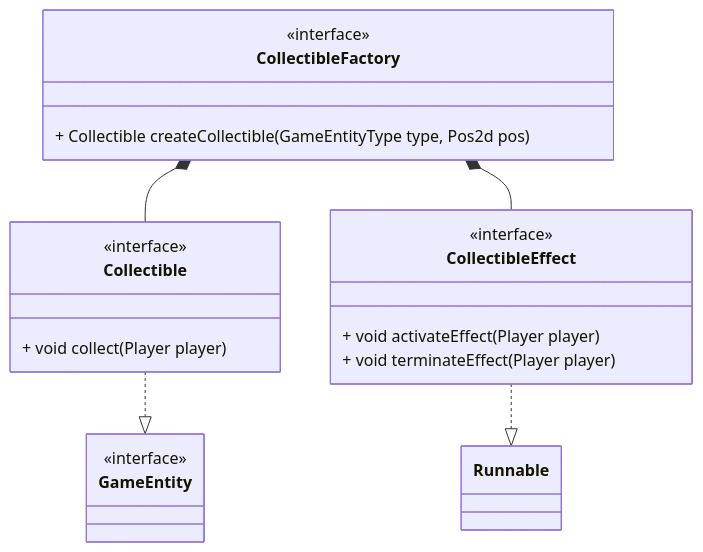
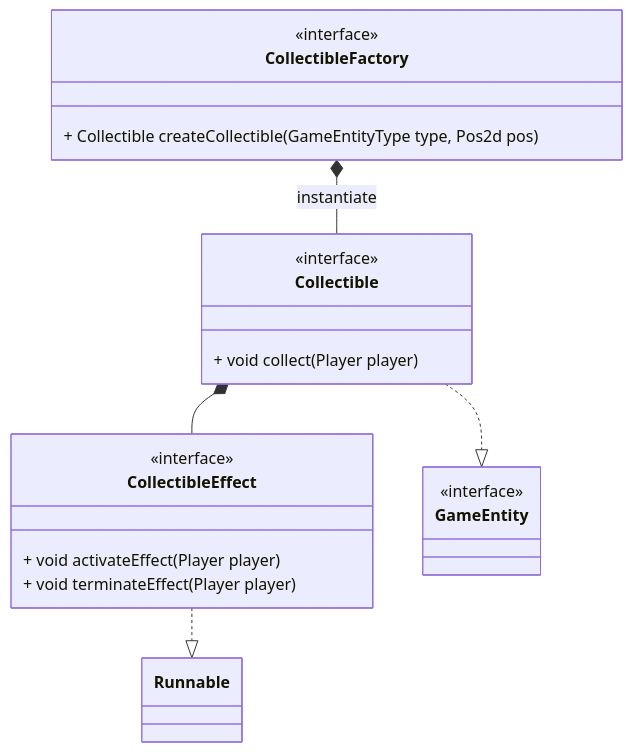
Before and after one commit to unibo-oop-projects/OOP23-FilippoMassariFilippoMassari6studio-MatteoBagnolini-FilippoMassari-SaadElMaliki-Matteo-SUPSON: the eighth of 8 diagrams in report.md, drawn with Mermaid. The commit also changed other lines of this file, not shown here.

````diff
--- a/report.md
+++ b/report.md
@@ -343,29 +354,28 @@
 ```mermaid
 classDiagram
     class Collectible {
         <<interface>>
         + void collect(Player player)
     }
 
     class CollectibleFactory {
         <<interface>>
         + Collectible createCollectible(GameEntityType type, Pos2d pos)
     }
 
     class CollectibleEffect {
         <<interface>>
         + void activateEffect(Player player)
         + void terminateEffect(Player player)
     }
 
     class GameEntity {
         <<interface>>
 
     }
 
     Collectible ..|> GameEntity
-    CollectibleFactory *-- Collectible
-    CollectibleFactory *-- CollectibleEffect
+    CollectibleFactory *-- Collectible : instantiate
+    Collectible *-- CollectibleEffect
     CollectibleEffect ..|> Runnable
-
 ```
````
